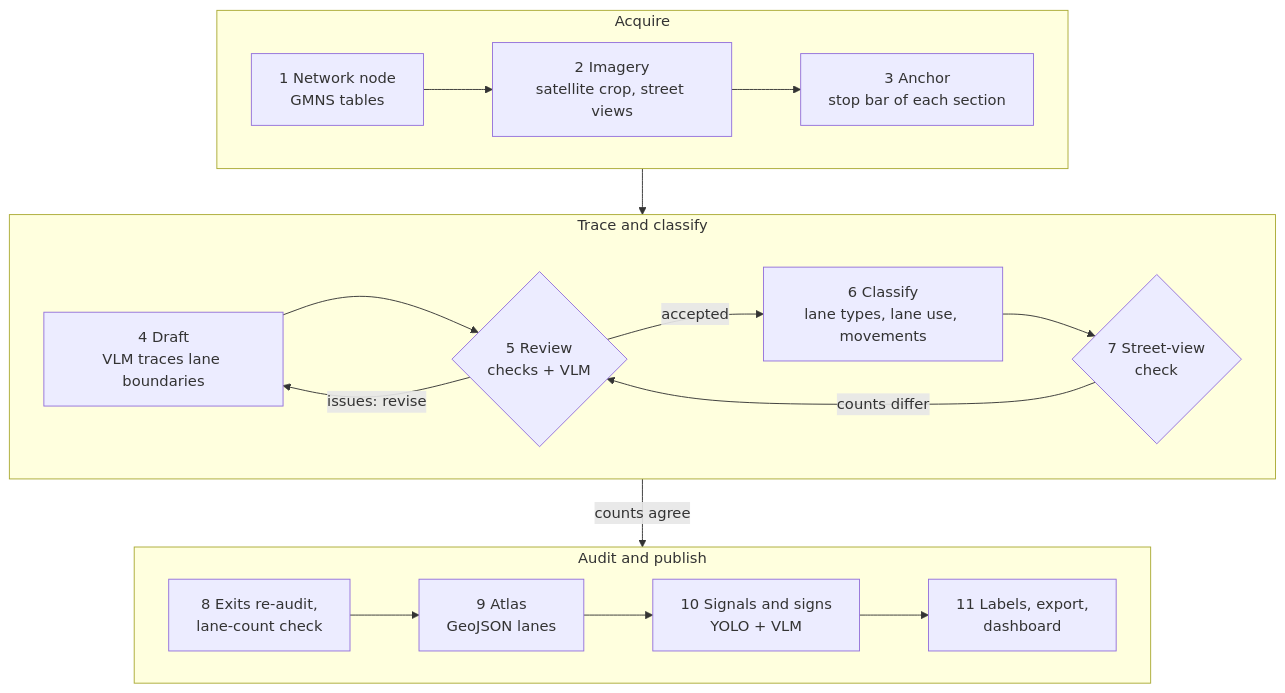
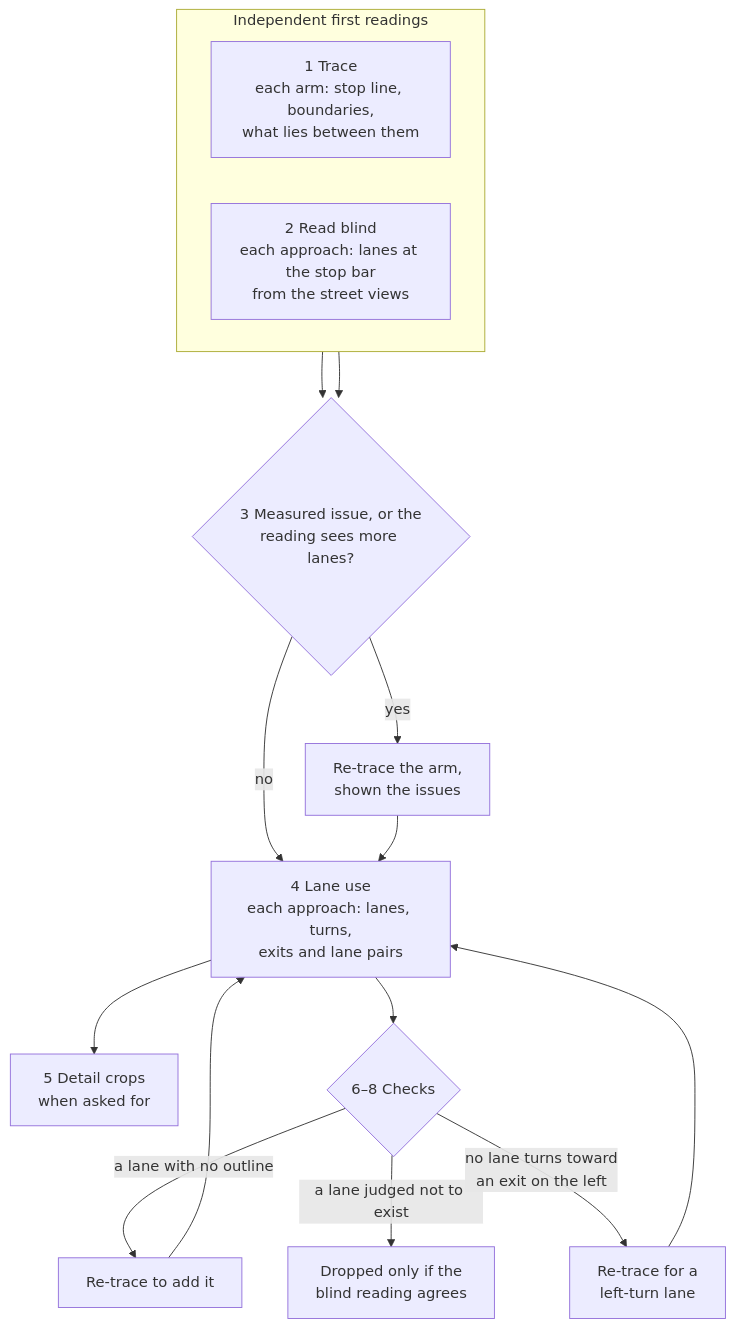
One commit to yajunliu99/pave changed the diagram in read/README.md. Above: the diagram before and after it, drawn with Mermaid. The commit also changed other lines of this file and 363 other files, not shown here.

````diff
--- a/read/README.md
+++ b/read/README.md
@@ -80,21 +41,20 @@
 ```mermaid
 flowchart TB
-  subgraph R1["Acquire"]
+  subgraph S1["Independent first readings"]
     direction LR
-    A["1 Network node<br/>GMNS tables"] --> B["2 Imagery<br/>satellite crop, street views"] --> C["3 Anchor<br/>stop bar of each section"]
+    t["1 Trace<br/>each arm: stop line, boundaries,<br/>what lies between them"]
+    r["2 Read blind<br/>each approach: lanes at the stop bar<br/>from the street views"]
   end
-  subgraph R2["Trace and classify"]
-    direction LR
-    D["4 Draft<br/>VLM traces lane boundaries"] --> E{"5 Review<br/>checks + VLM"}
-    E -- "issues: revise" --> D
-    E -- accepted --> F["6 Classify<br/>lane types, lane use, movements"]
-    F --> G{"7 Street-view<br/>check"}
-    G -- "counts differ" --> E
-  end
-  subgraph R3["Audit and publish"]
-    direction LR
-    H["8 Exits re-audit,<br/>lane-count check"] --> I["9 Atlas<br/>GeoJSON lanes"] --> J["10 Signals and signs<br/>YOLO + VLM"] --> K["11 Labels, export,<br/>dashboard"]
-  end
-  R1 --> R2
-  R2 -- "counts agree" --> R3
+  t --> c{"3 Measured issue, or the<br/>reading sees more lanes?"}
+  r --> c
+  c -- yes --> rt["Re-trace the arm,<br/>shown the issues"]
+  c -- no --> u
+  rt --> u["4 Lane use<br/>each approach: lanes, turns,<br/>exits and lane pairs"]
+  u --> d["5 Detail crops<br/>when asked for"]
+  u --> v{"6–8 Checks"}
+  v -- "a lane with no outline" --> a["Re-trace to add it"]
+  v -- "a lane judged not to exist" --> k["Dropped only if the<br/>blind reading agrees"]
+  v -- "no lane turns toward<br/>an exit on the left" --> l["Re-trace for a<br/>left-turn lane"]
+  a --> u
+  l --> u
 ```
````
